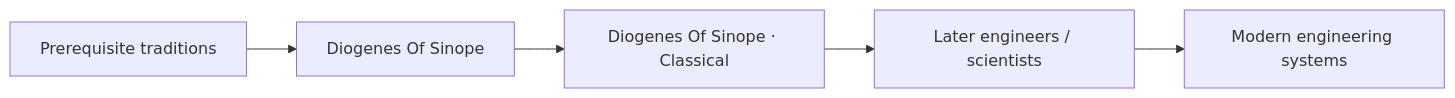
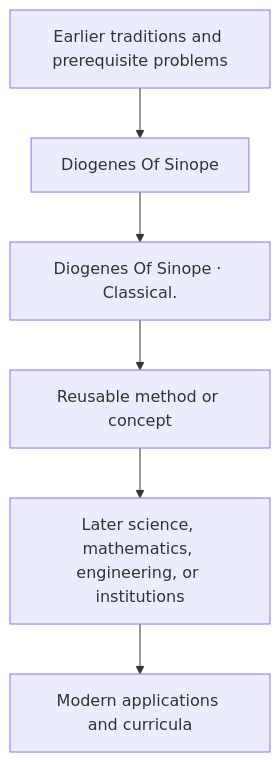
Before and after one commit to via-decide/ViaLogic: the diagram in docs/history/diogenes-of-sinope/influence.md, drawn with Mermaid. The commit also changed other lines of this file and 858 other files, not shown here.

````diff
--- a/docs/history/diogenes-of-sinope/influence.md
+++ b/docs/history/diogenes-of-sinope/influence.md
@@ -29,7 +16,8 @@
 ```mermaid
-graph LR
-  prerequisites["Prerequisite traditions"] --> current["Diogenes Of Sinope"]
-  current --> contribution["Diogenes Of Sinope · Classical"]
-  contribution --> successors["Later engineers / scientists"]
-  successors --> modern["Modern engineering systems"]
+graph TD
+  Prior[Earlier traditions and prerequisite problems] --> Person[Diogenes Of Sinope]
+  Person --> Contribution[Diogenes Of Sinope · Classical.]
+  Contribution --> Method[Reusable method or concept]
+  Method --> Later[Later science, mathematics, engineering, or institutions]
+  Later --> Modern[Modern applications and curricula]
 ```
````
